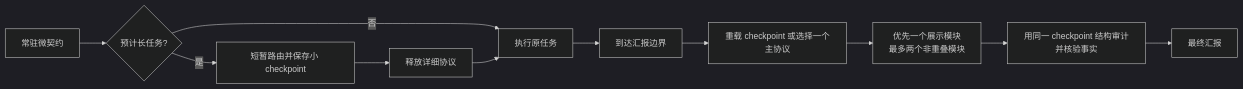
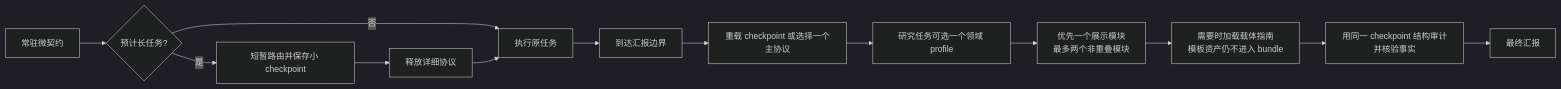
Before and after one commit to asimfish/super_agent_presentation: the diagram in README.md, drawn with Mermaid (dark theme). The commit also changed other lines of this file and 61 other files, not shown here.

````diff
--- a/README.md
+++ b/README.md
@@ -30,15 +32,17 @@
 ```mermaid
 flowchart LR
     accTitle: Agentic Reporting 的三层执行机制
     accDescr: 极短常驻契约在预计长任务开始时只保存小检查点并释放详细协议，任务完成后再按需加载一个主协议、最多两个模块并审计。
     A[常驻微契约] --> B{预计长任务?}
     B -- 是 --> C[短暂路由并保存小 checkpoint]
     C --> D[释放详细协议]
     B -- 否 --> E[执行原任务]
     D --> E
     E --> F[到达汇报边界]
     F --> G[重载 checkpoint 或选择一个主协议]
-    G --> H[优先一个展示模块\n最多两个非重叠模块]
-    H --> I[用同一 checkpoint 结构审计并核验事实]
+    G --> H[研究任务可选一个领域 profile]
+    H --> K[优先一个展示模块\n最多两个非重叠模块]
+    K --> L[需要时加载载体指南\n模板资产仍不进入 bundle]
+    L --> I[用同一 checkpoint 结构审计并核验事实]
     I --> J[最终汇报]
 ```
````
